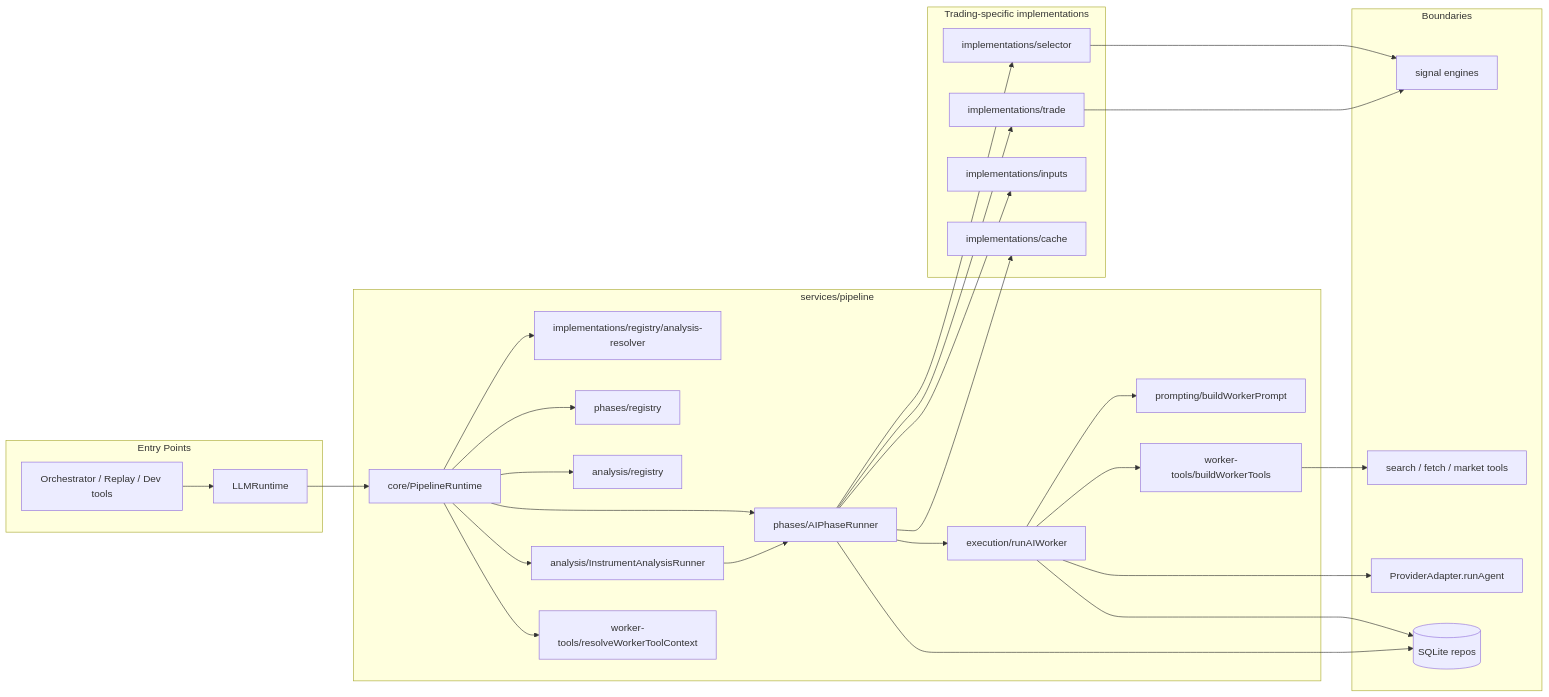
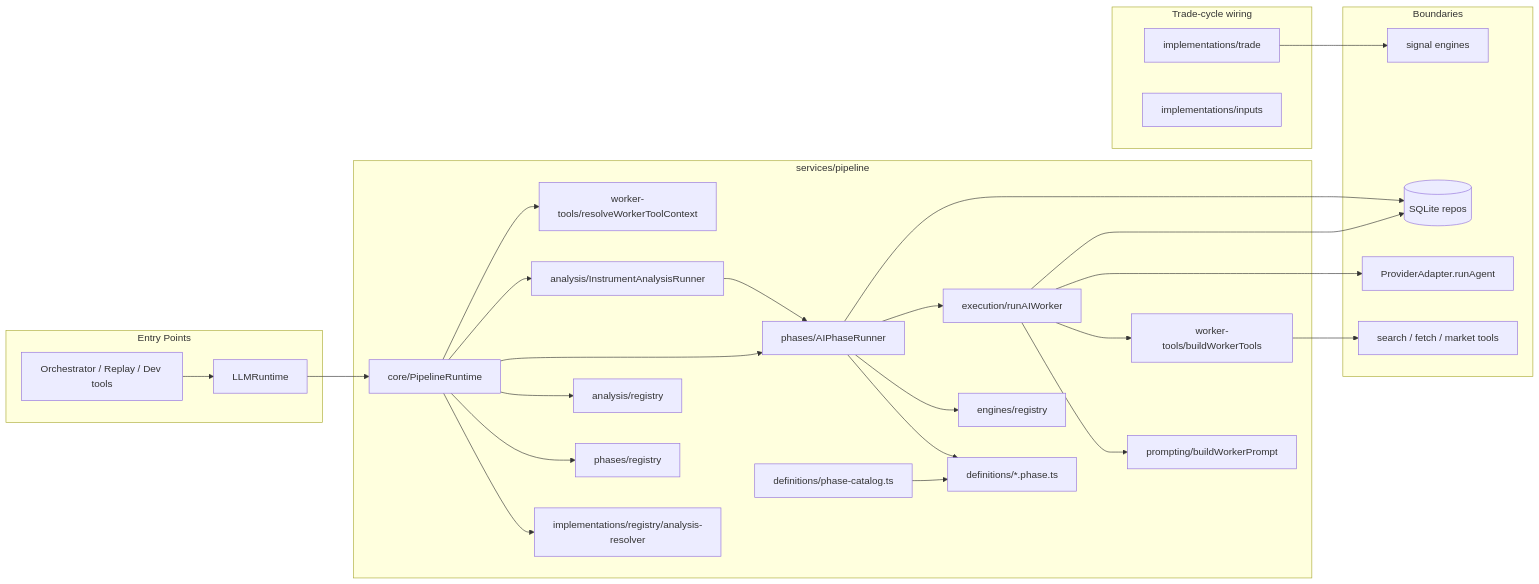
The second of 9 diagrams in docs/architecture/pipeline-runtime.md (KennethAtchon/Exva), drawn with Mermaid before and after one commit. The commit also changed other lines of this file and 19 other files, not shown here.

First line of the commit message:
Implement definition-first pipeline architecture and enhance phase organization

````diff
--- a/docs/architecture/pipeline-runtime.md
+++ b/docs/architecture/pipeline-runtime.md
@@ -84,53 +93,52 @@
 ```mermaid
 graph LR
     subgraph Entry["Entry Points"]
         LLMRuntime["LLMRuntime"]
         Caller["Orchestrator / Replay / Dev tools"]
     end
     subgraph Pipeline["services/pipeline"]
         PR["core/PipelineRuntime"]
         PhaseReg["phases/registry"]
         AnalysisReg["analysis/registry"]
         Resolver["implementations/registry/analysis-resolver"]
         PhaseRunner["phases/AIPhaseRunner"]
         AnalysisRunner["analysis/InstrumentAnalysisRunner"]
+        Definitions["definitions/*.phase.ts"]
+        PhaseCatalog["definitions/phase-catalog.ts"]
+        PhaseEngines["engines/registry"]
         WorkerExecutor["execution/runAIWorker"]
         Prompt["prompting/buildWorkerPrompt"]
         ToolCtx["worker-tools/resolveWorkerToolContext"]
         ToolFactory["worker-tools/buildWorkerTools"]
     end
-    subgraph Implementations["Trading-specific implementations"]
-        Selector["implementations/selector"]
+    subgraph Implementations["Trade-cycle wiring"]
         Trade["implementations/trade"]
         Inputs["implementations/inputs"]
-        Cache["implementations/cache"]
     end
     subgraph External["Boundaries"]
         Providers["ProviderAdapter.runAgent"]
         Tools["search / fetch / market tools"]
         Signals["signal engines"]
         DB[("SQLite repos")]
     end
 
     Caller --> LLMRuntime --> PR
     PR --> Resolver
     PR --> PhaseReg
     PR --> AnalysisReg
     PR --> PhaseRunner
     PR --> AnalysisRunner
     AnalysisRunner --> PhaseRunner
-    PhaseRunner --> Selector
-    PhaseRunner --> Trade
-    PhaseRunner --> Inputs
-    PhaseRunner --> Cache
+    PhaseRunner --> Definitions
+    PhaseRunner --> PhaseEngines
     PhaseRunner --> WorkerExecutor
+    PhaseCatalog --> Definitions
     WorkerExecutor --> Prompt
     WorkerExecutor --> ToolFactory
     PR --> ToolCtx
     WorkerExecutor --> Providers
     ToolFactory --> Tools
-    Selector --> Signals
     Trade --> Signals
     WorkerExecutor --> DB
     PhaseRunner --> DB
 ```
````
